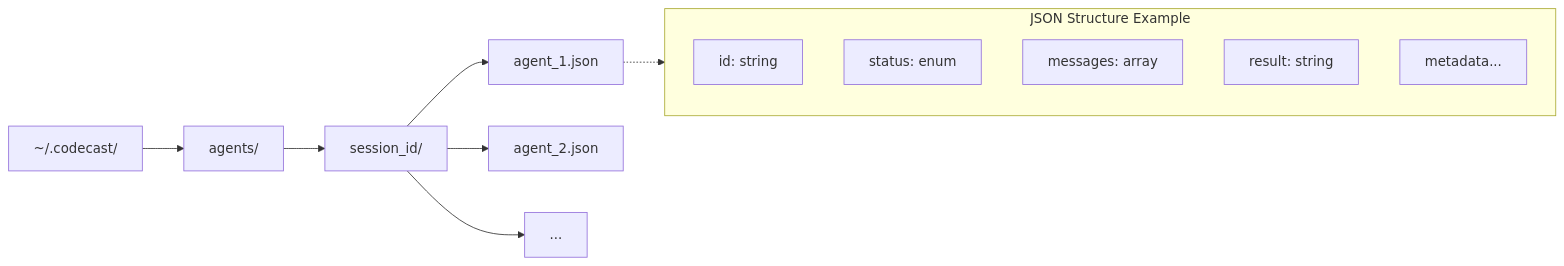
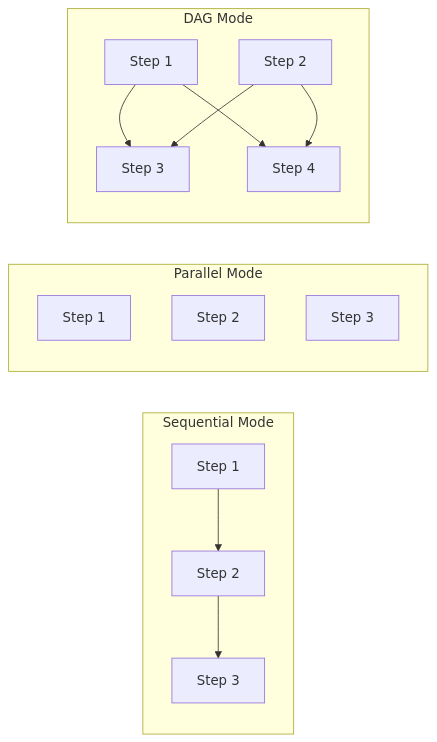
The sixth of 6 diagrams in docs/architecture-mermaid.md (1405451216/AgentPrimordia), drawn with Mermaid before and after one commit. The commit also changed other lines of this file and 66 other files, not shown here.

````diff
--- a/docs/architecture-mermaid.md
+++ b/docs/architecture-mermaid.md
@@ -191,19 +237,19 @@
 ```mermaid
 graph LR
-    Root["~/.codecast/"] --> Agents["agents/"]
-    Agents --> Session["session_id/"]
-    Session --> A1["agent_1.json"]
-    Session --> A2["agent_2.json"]
-    Session --> AN["..."]
-
-    subgraph JSONStructure ["JSON Structure Example"]
-        direction TB
-        JID["id: string"]
-        JStatus["status: enum"]
-        JMessages["messages: array"]
-        JResult["result: string"]
-        JMeta["metadata..."]
+    subgraph Sequential["Sequential Mode"]
+        S1["Step 1"] --> S2["Step 2"] --> S3["Step 3"]
     end
 
-    A1 -.-> JSONStructure
+    subgraph Parallel["Parallel Mode"]
+        P1["Step 1"]
+        P2["Step 2"]
+        P3["Step 3"]
+    end
+
+    subgraph DAGMode["DAG Mode"]
+        D1["Step 1"] --> D3["Step 3"]
+        D2["Step 2"] --> D3
+        D1 --> D4["Step 4"]
+        D2 --> D4
+    end
 ```
````
